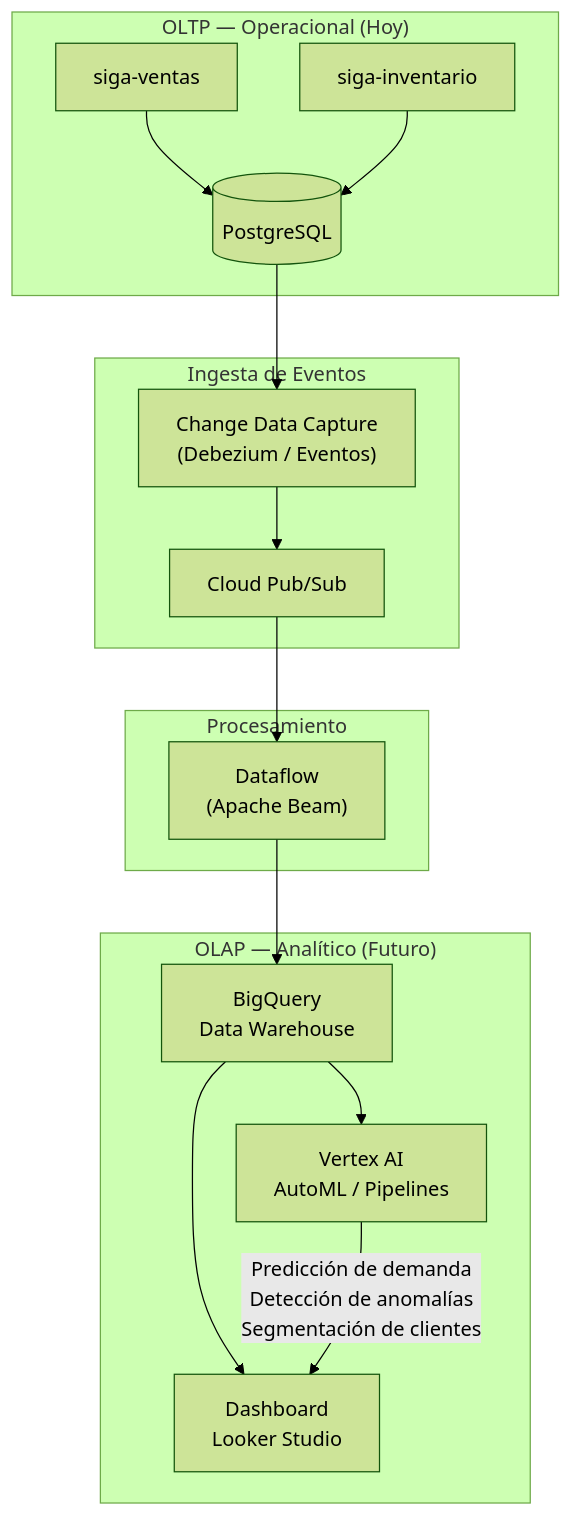
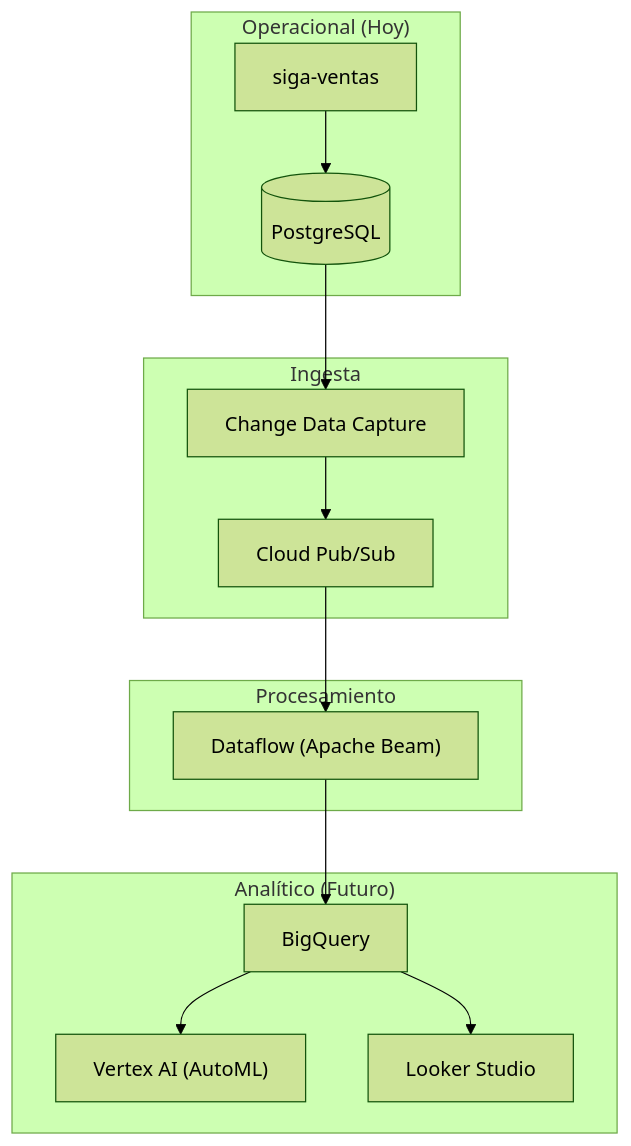
The ninth of 9 diagrams in openspec/changes/migracion-microservicios/architecture-diagrams.md (HecAguilaV/SIGA), drawn with Mermaid (forest theme) before and after one commit. The commit also changed other lines of this file, not shown here.

Commit message:
docs: rediseñar diagramas con layouts limpios y líneas rectas

````diff
--- a/openspec/changes/migracion-microservicios/architecture-diagrams.md
+++ b/openspec/changes/migracion-microservicios/architecture-diagrams.md
@@ -279,34 +250,30 @@
 ```mermaid
-graph TB
-    subgraph OLTP["OLTP — Operacional (Hoy)"]
+graph TD
+    subgraph OLTP["Operacional (Hoy)"]
         VE["siga-ventas"]
-        IN["siga-inventario"]
         DB[("PostgreSQL")]
     end
 
-    subgraph Ingesta["Ingesta de Eventos"]
-        CDC["Change Data Capture<br/>(Debezium / Eventos)"]
+    subgraph Ingesta
+        CDC["Change Data Capture"]
         PS["Cloud Pub/Sub"]
     end
 
-    subgraph Procesamiento["Procesamiento"]
-        DF["Dataflow<br/>(Apache Beam)"]
+    subgraph Procesamiento
+        DF["Dataflow (Apache Beam)"]
     end
 
-    subgraph OLAP["OLAP — Analítico (Futuro)"]
-        BQ["BigQuery<br/>Data Warehouse"]
-        VA["Vertex AI<br/>AutoML / Pipelines"]
-        DS["Dashboard<br/>Looker Studio"]
+    subgraph OLAP["Analítico (Futuro)"]
+        BQ["BigQuery"]
+        VA["Vertex AI (AutoML)"]
+        DS["Looker Studio"]
     end
 
     VE --> DB
-    IN --> DB
     DB --> CDC
     CDC --> PS
     PS --> DF
     DF --> BQ
     BQ --> VA
     BQ --> DS
-
-    VA -->|"Predicción de demanda<br/>Detección de anomalías<br/>Segmentación de clientes"| DS
 ```
````
